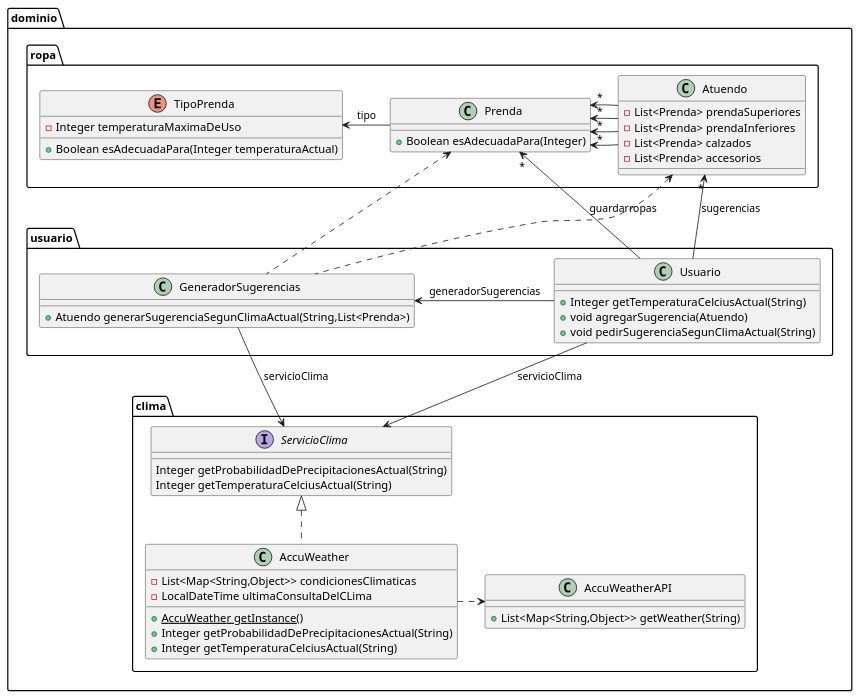
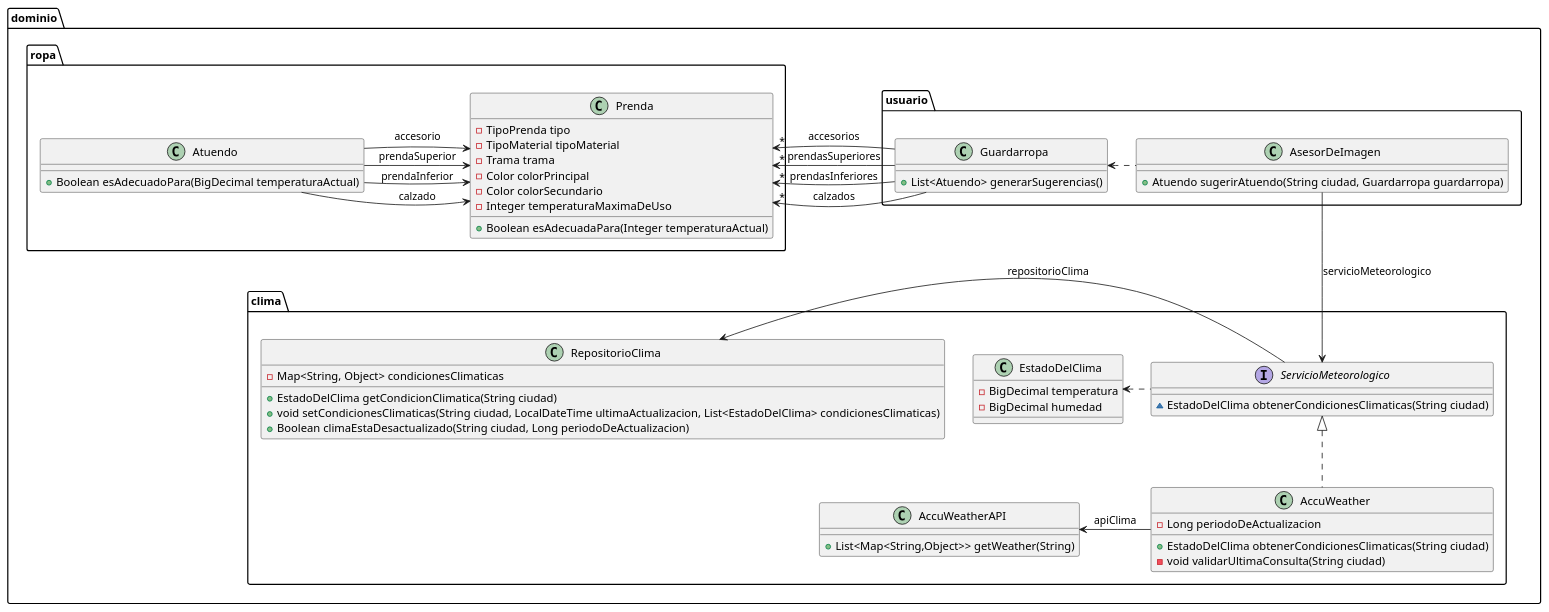
Before and after one commit to AlejandroDeheza/QMP: the diagram in diagramas/qmp4-resumido.puml, drawn with PlantUML. The commit also changed 17 other files, not shown here.

```diff
--- a/diagramas/qmp4-resumido.puml
+++ b/diagramas/qmp4-resumido.puml
@@ -1,56 +1,61 @@
 @startuml
 class dominio.clima.AccuWeatherAPI {
 + List<Map<String,Object>> getWeather(String)
 }
-class dominio.usuario.Usuario {
-+ Integer getTemperaturaCelciusActual(String)
-+ void agregarSugerencia(Atuendo)
-+ void pedirSugerenciaSegunClimaActual(String)
+class dominio.clima.AccuWeather {
+- Long periodoDeActualizacion
++ EstadoDelClima obtenerCondicionesClimaticas(String ciudad)
+- void validarUltimaConsulta(String ciudad)
 }
-class dominio.clima.AccuWeather {
-- List<Map<String,Object>> condicionesClimaticas
-- LocalDateTime ultimaConsultaDelCLima
-+ {static} AccuWeather getInstance()
-+ Integer getProbabilidadDePrecipitacionesActual(String)
-+ Integer getTemperaturaCelciusActual(String)
+class dominio.clima.EstadoDelClima {
+- BigDecimal temperatura
+- BigDecimal humedad
 }
-class dominio.usuario.GeneradorSugerencias {
-+ Atuendo generarSugerenciaSegunClimaActual(String,List<Prenda>)
+class dominio.clima.RepositorioClima {
+- Map<String, Object> condicionesClimaticas
++ EstadoDelClima getCondicionClimatica(String ciudad)
++ void setCondicionesClimaticas(String ciudad, LocalDateTime ultimaActualizacion, List<EstadoDelClima> condicionesClimaticas)
++ Boolean climaEstaDesactualizado(String ciudad, Long periodoDeActualizacion)
 }
-interface dominio.clima.ServicioClima {
-Integer getProbabilidadDePrecipitacionesActual(String)
-Integer getTemperaturaCelciusActual(String)
+class dominio.usuario.Guardarropa {
++ List<Atuendo> generarSugerencias()
+}
+class dominio.usuario.AsesorDeImagen {
++ Atuendo sugerirAtuendo(String ciudad, Guardarropa guardarropa)
+}
+interface dominio.clima.ServicioMeteorologico {
+~ EstadoDelClima obtenerCondicionesClimaticas(String ciudad)
 }
 class dominio.ropa.Prenda {
-+ Boolean esAdecuadaPara(Integer)
-}
-class dominio.ropa.Atuendo {
-- List<Prenda> prendaSuperiores
-- List<Prenda> prendaInferiores
-- List<Prenda> calzados
-- List<Prenda> accesorios
-}
-enum dominio.ropa.TipoPrenda {
+- TipoPrenda tipo
+- TipoMaterial tipoMaterial
+- Trama trama
+- Color colorPrincipal
+- Color colorSecundario
 - Integer temperaturaMaximaDeUso
 + Boolean esAdecuadaPara(Integer temperaturaActual)
 }
+class dominio.ropa.Atuendo {
++ Boolean esAdecuadoPara(BigDecimal temperaturaActual)
+}
 
-dominio.ropa.TipoPrenda <--right dominio.ropa.Prenda: tipo
+dominio.ropa.Prenda <-left- dominio.ropa.Atuendo :prendaSuperior
+dominio.ropa.Prenda <-left- dominio.ropa.Atuendo :prendaInferior
+dominio.ropa.Prenda <-left- dominio.ropa.Atuendo :calzado
+dominio.ropa.Prenda <-left- dominio.ropa.Atuendo :accesorio
 
-dominio.ropa.Prenda "*" <--right dominio.ropa.Atuendo
-dominio.ropa.Prenda "*" <-- dominio.ropa.Atuendo
-dominio.ropa.Prenda "*" <-- dominio.ropa.Atuendo
-dominio.ropa.Prenda "*" <-- dominio.ropa.Atuendo
+dominio.ropa.Prenda "*" <-right- dominio.usuario.Guardarropa :prendasSuperiores
+dominio.ropa.Prenda "*" <-- dominio.usuario.Guardarropa :prendasInferiores
+dominio.ropa.Prenda "*" <-- dominio.usuario.Guardarropa :calzados
+dominio.ropa.Prenda "*" <-- dominio.usuario.Guardarropa :accesorios
 
-dominio.ropa.Prenda "*" <-- dominio.usuario.Usuario: guardarropas
-dominio.ropa.Atuendo "*" <-- dominio.usuario.Usuario: sugerencias
-dominio.usuario.GeneradorSugerencias <--right dominio.usuario.Usuario: generadorSugerencias
-dominio.clima.ServicioClima <--up dominio.usuario.Usuario: servicioClima
-dominio.clima.ServicioClima <--up dominio.usuario.GeneradorSugerencias: servicioClima
-dominio.ropa.Atuendo <.. dominio.usuario.GeneradorSugerencias
-dominio.ropa.Prenda <.. dominio.usuario.GeneradorSugerencias
+dominio.clima.ServicioMeteorologico <-up- dominio.usuario.AsesorDeImagen: servicioMeteorologico
+dominio.usuario.Guardarropa <.right. dominio.usuario.AsesorDeImagen
 
-dominio.clima.ServicioClima <|.. dominio.clima.AccuWeather
-dominio.clima.AccuWeatherAPI <..left dominio.clima.AccuWeather
+dominio.clima.AccuWeatherAPI <-right- dominio.clima.AccuWeather : apiClima
+dominio.clima.ServicioMeteorologico <|.down. dominio.clima.AccuWeather
+
+dominio.clima.EstadoDelClima <.right. dominio.clima.ServicioMeteorologico
+dominio.clima.RepositorioClima <-right- dominio.clima.ServicioMeteorologico : repositorioClima
 
 @enduml
```
